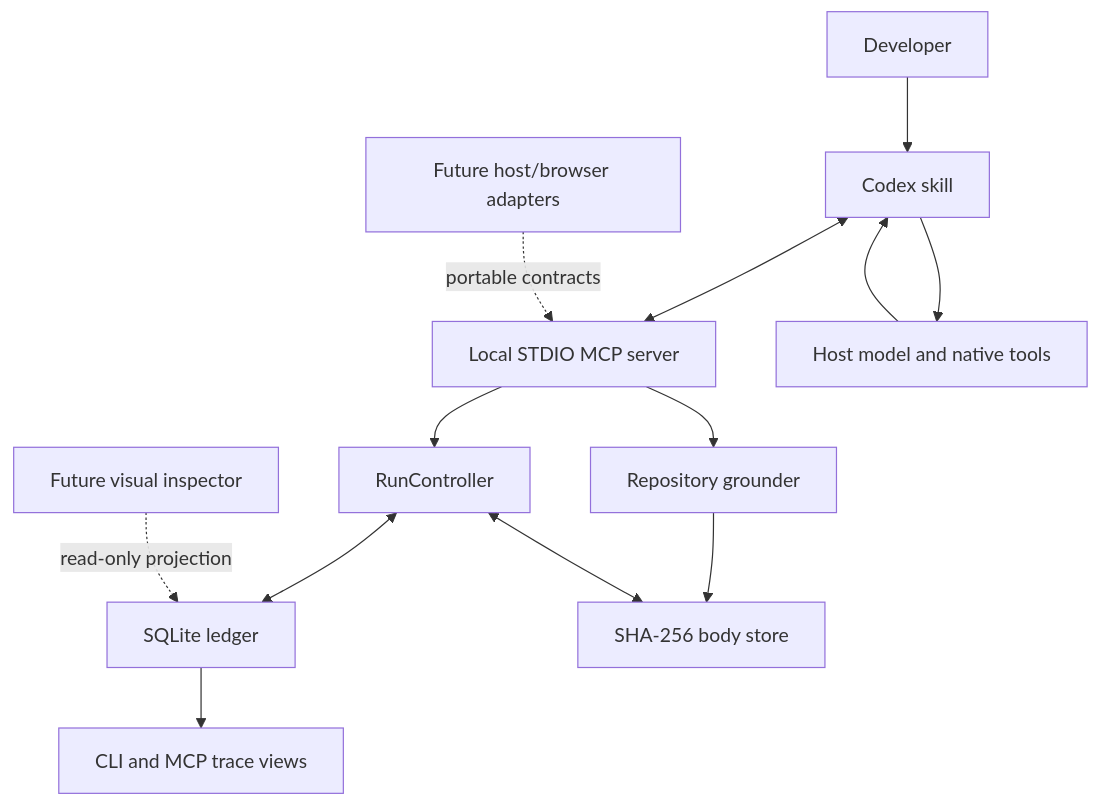
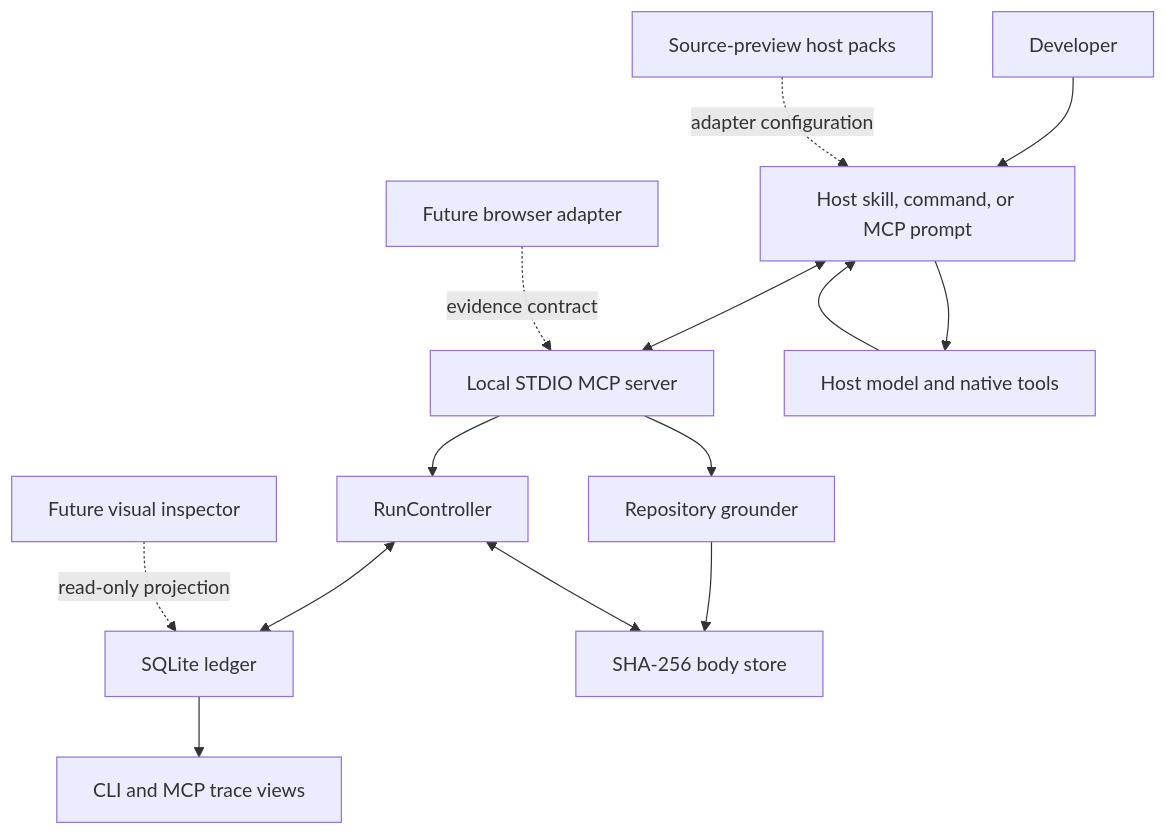
Before and after one commit to nbjupiterr/Telic: the first of 3 diagrams in docs/ARCHITECTURE.md, drawn with Mermaid. The commit also changed other lines of this file and 53 other files, not shown here.

Commit message:
feat: finalize portable Telic preview

````diff
--- a/docs/ARCHITECTURE.md
+++ b/docs/ARCHITECTURE.md
@@ -19,15 +19,16 @@
 ```mermaid
 flowchart TB
-    U[Developer] --> S[Codex skill]
+    U[Developer] --> S[Host skill, command, or MCP prompt]
     S <--> M[Local STDIO MCP server]
     M --> C[RunController]
     M --> G[Repository grounder]
     C <--> L[SQLite ledger]
     G --> CAS[SHA-256 body store]
     C <--> CAS
     L --> V[CLI and MCP trace views]
     S --> H[Host model and native tools]
     H --> S
-    B[Future host/browser adapters] -. portable contracts .-> M
+    A[Source-preview host packs] -. adapter configuration .-> S
+    B[Future browser adapter] -. evidence contract .-> M
     I[Future visual inspector] -. read-only projection .-> L
 ```
````
